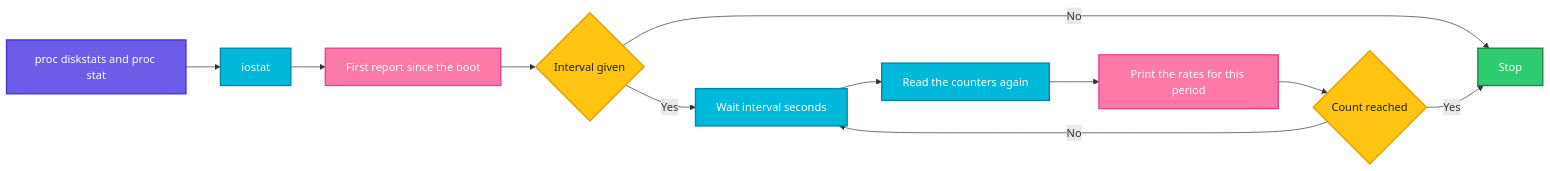
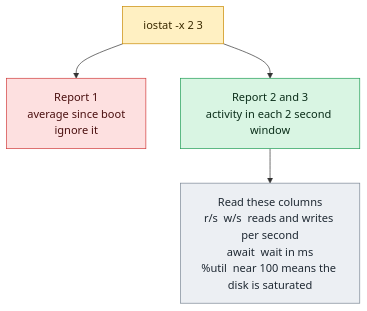
Before and after one commit to codeKerdosTech/DevOps-Documentation: the diagram in linux/system-info/iostat.md, drawn with Mermaid. The commit also changed other lines of this file and 165 other files, not shown here.

Commit message:
updated diagrams in linux

````diff
--- a/linux/system-info/iostat.md
+++ b/linux/system-info/iostat.md
@@ -45,25 +45,15 @@
 ```mermaid
-flowchart LR
-    A[proc diskstats and proc stat] --> B[iostat]
-    B --> C[First report since the boot]
-    C --> D{Interval given}
-    D -->|No| E[Stop]
-    D -->|Yes| F[Wait interval seconds]
-    F --> G[Read the counters again]
-    G --> H[Print the rates for this period]
-    H --> I{Count reached}
-    I -->|No| F
-    I -->|Yes| E
-    classDef start fill:#6C5CE7,stroke:#4834D4,stroke-width:2px,color:#fff
-    classDef proc fill:#00B8D9,stroke:#0087A8,stroke-width:2px,color:#fff
-    classDef dec fill:#FFC312,stroke:#E1A100,stroke-width:2px,color:#222
-    classDef ok fill:#2ECC71,stroke:#1E8449,stroke-width:2px,color:#fff
-    classDef err fill:#FF4757,stroke:#C0392B,stroke-width:2px,color:#fff
-    classDef out fill:#FD79A8,stroke:#E84393,stroke-width:2px,color:#fff
-    classDef alt fill:#FF9F43,stroke:#E67E22,stroke-width:2px,color:#fff
-    class A start
-    class B,F,G proc
-    class C,H out
-    class D,I dec
-    class E ok
+flowchart TD
+    c1[iostat -x 2 3] --> x1[Report 1<br/>average since boot<br/>ignore it]
+    c1 --> o1[Report 2 and 3<br/>activity in each 2 second window]
+    o1 --> n1[Read these columns<br/>r/s  w/s  reads and writes per second<br/>await  wait in ms<br/>%util  near 100 means the disk is saturated]
+    classDef inp fill:#DCEBFF,stroke:#2F6FDE,color:#10213F
+    classDef cmd fill:#FFF0C2,stroke:#C98A00,color:#3A2A00
+    classDef out fill:#D9F5E3,stroke:#1F9D55,color:#0B2E1A
+    classDef bad fill:#FDE0E0,stroke:#D13B3B,color:#4A0F0F
+    classDef note fill:#ECEFF3,stroke:#7B8794,color:#1F2933
+    class c1 cmd
+    class x1 bad
+    class o1 out
+    class n1 note
 ```
````
